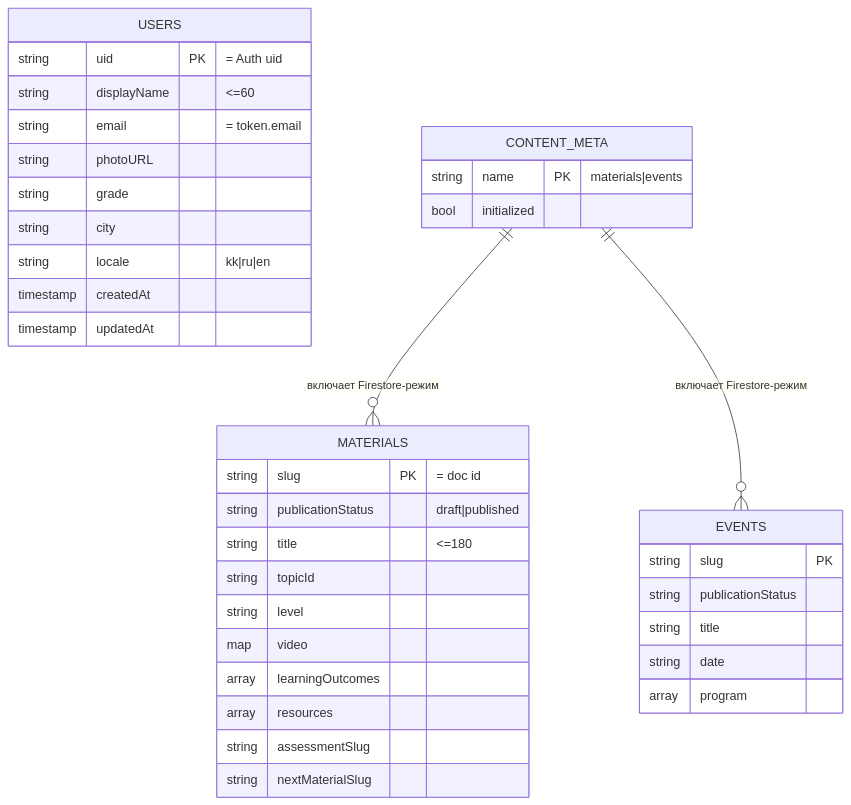
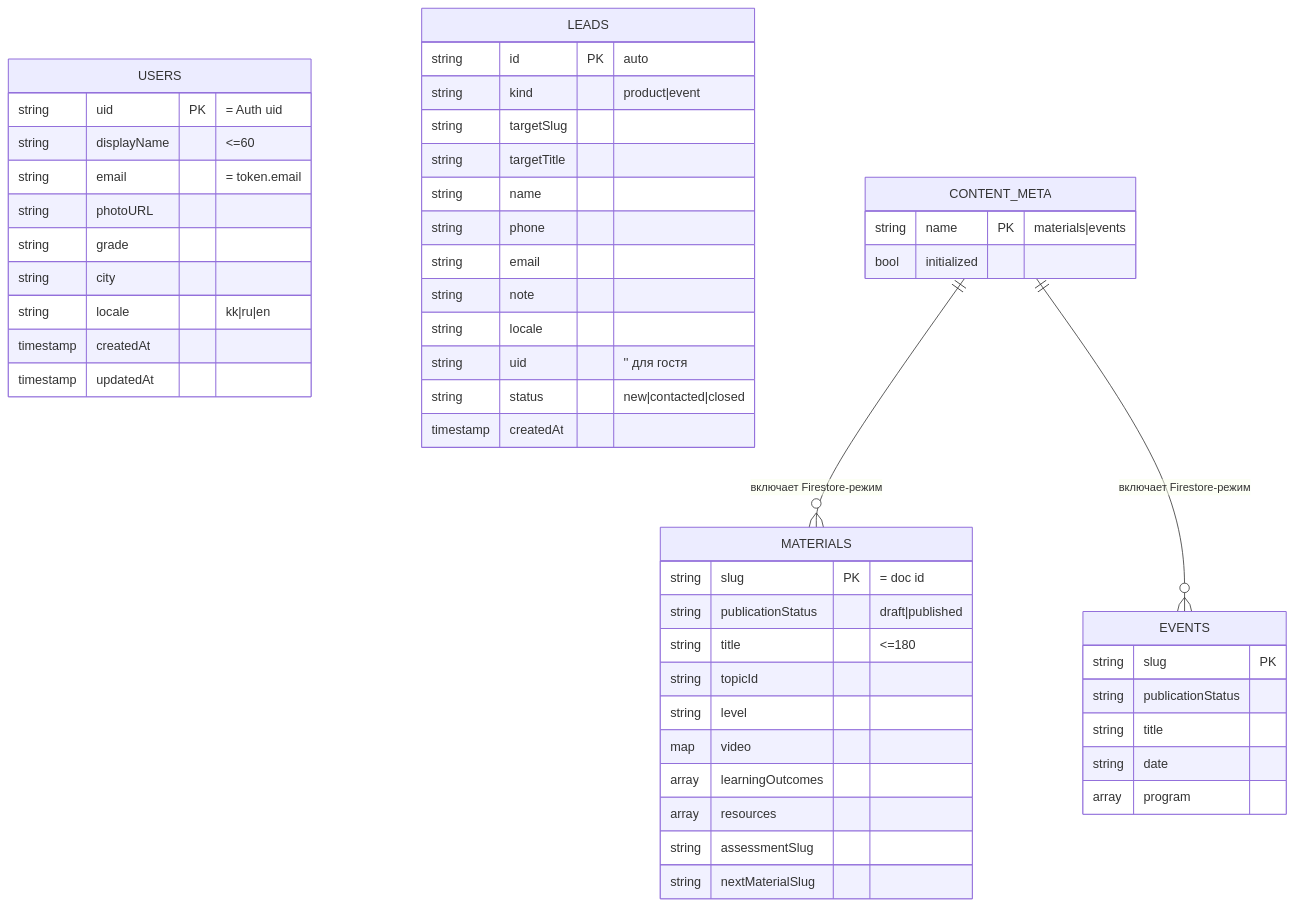
Before and after one commit to yerkebulanooo/aleuet: the fourth of 6 diagrams in docs/architecture.md, drawn with Mermaid. The commit also changed other lines of this file and 19 other files, not shown here.

First line of the commit message:
feat: save product and event requests to Firestore

````diff
--- a/docs/architecture.md
+++ b/docs/architecture.md
@@ -65,39 +65,53 @@
 ```mermaid
 erDiagram
   USERS {
     string uid PK "= Auth uid"
     string displayName "<=60"
     string email "= token.email"
     string photoURL
     string grade
     string city
     string locale "kk|ru|en"
     timestamp createdAt
     timestamp updatedAt
   }
   MATERIALS {
     string slug PK "= doc id"
     string publicationStatus "draft|published"
     string title "<=180"
     string topicId
     string level
     map video
     array learningOutcomes
     array resources
     string assessmentSlug
     string nextMaterialSlug
   }
   EVENTS {
     string slug PK
     string publicationStatus
     string title
     string date
     array program
   }
+  LEADS {
+    string id PK "auto"
+    string kind "product|event"
+    string targetSlug
+    string targetTitle
+    string name
+    string phone
+    string email
+    string note
+    string locale
+    string uid "'' для гостя"
+    string status "new|contacted|closed"
+    timestamp createdAt
+  }
   CONTENT_META {
     string name PK "materials|events"
     bool initialized
   }
   CONTENT_META ||--o{ MATERIALS : "включает Firestore-режим"
   CONTENT_META ||--o{ EVENTS : "включает Firestore-режим"
 ```
````
